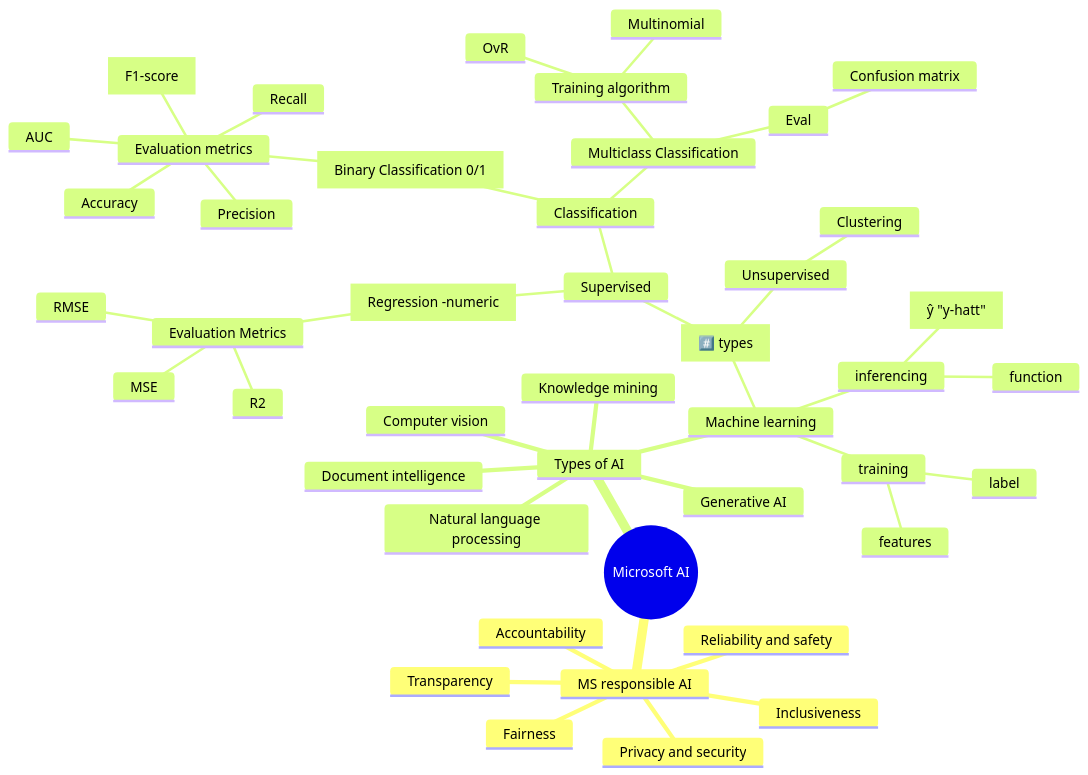
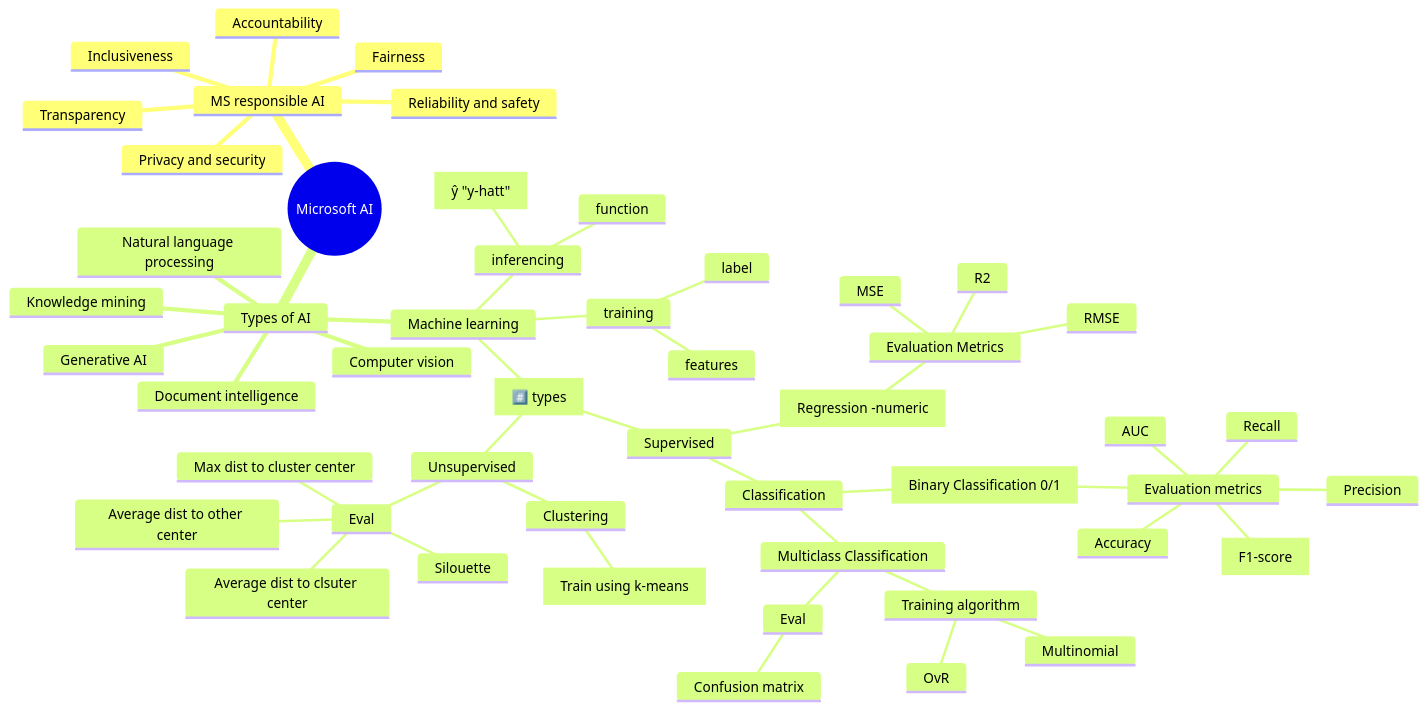
The diagram in azure-ai-fundamentals.md (gitstua/Mindmaps), drawn with Mermaid before and after one commit.

````diff
--- a/azure-ai-fundamentals.md
+++ b/azure-ai-fundamentals.md
@@ -5,48 +5,54 @@
 ```mermaid
 mindmap
   root((Microsoft AI))
     MS responsible AI
       Fairness
       Reliability and safety
       Privacy and security
       Inclusiveness
       Transparency
       Accountability  
     Types of AI
       Machine learning
         [#️⃣ types]
           Supervised
             [Regression -numeric]
               Evaluation Metrics
                 MSE
                 RMSE
                 R2
             Classification
               [Binary Classification 0/1]
                 Evaluation metrics
                   Accuracy
                   Recall
                   Precision
                   [F1-score]
                   AUC
               Multiclass Classification
                 Training algorithm
                   OvR
                   Multinomial
                 Eval
                   Confusion matrix
           Unsupervised
             Clustering
+              [Train using k-means]
+            Eval
+              Average dist to clsuter center
+              Average dist to other center
+              Max dist to cluster center
+              Silouette
         training
           features
           label
         inferencing
           function
           [ŷ "y-hatt"]
       Computer vision
       Natural language processing
       Document intelligence
       Knowledge mining
       Generative AI
       
 ```
````
